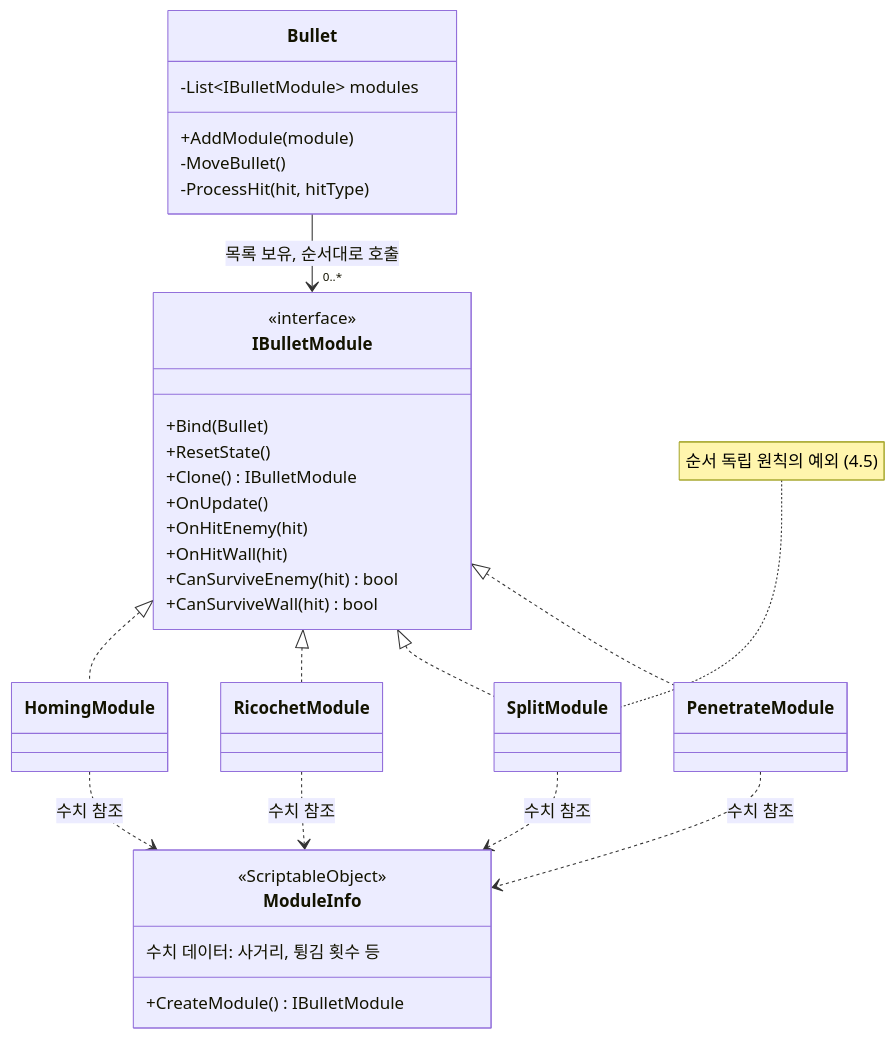
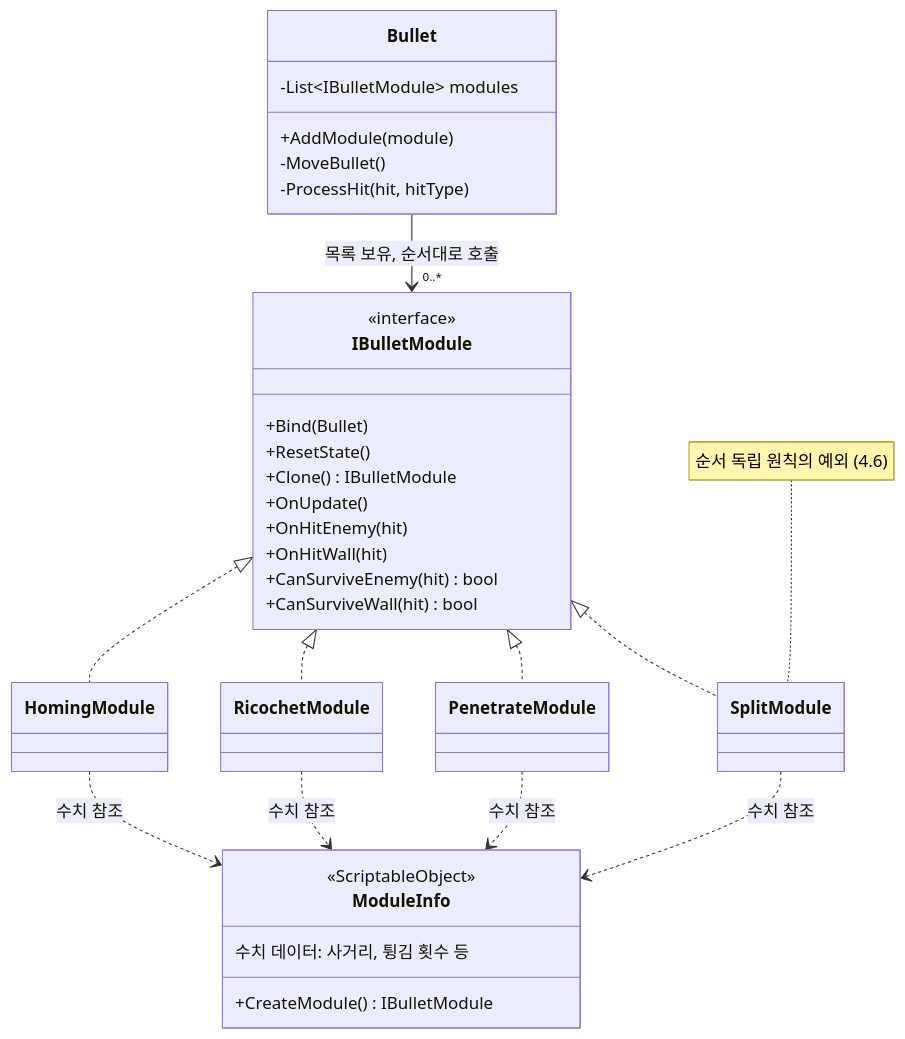
The second of 5 diagrams in src/1-Bullet-Module/기술문서.md (parksooha102-ai/portfolio), drawn with Mermaid before and after one commit. The commit also changed other lines of this file and 9 other files, not shown here.

````diff
--- a/src/1-Bullet-Module/기술문서.md
+++ b/src/1-Bullet-Module/기술문서.md
@@ -115,44 +123,44 @@
 ```mermaid
 classDiagram
     class Bullet {
         -List~IBulletModule~ modules
         +AddModule(module)
         -MoveBullet()
         -ProcessHit(hit, hitType)
     }
 
     class IBulletModule {
         <<interface>>
         +Bind(Bullet)
         +ResetState()
         +Clone() IBulletModule
         +OnUpdate()
         +OnHitEnemy(hit)
         +OnHitWall(hit)
         +CanSurviveEnemy(hit) bool
         +CanSurviveWall(hit) bool
     }
 
     class ModuleInfo {
         <<ScriptableObject>>
         수치 데이터: 사거리, 튕김 횟수 등
         +CreateModule() IBulletModule
     }
 
     class HomingModule
     class RicochetModule
+    class PenetrateModule
     class SplitModule
-    class PenetrateModule
 
     Bullet --> "0..*" IBulletModule : 목록 보유, 순서대로 호출
     IBulletModule <|.. HomingModule
     IBulletModule <|.. RicochetModule
+    IBulletModule <|.. PenetrateModule
     IBulletModule <|.. SplitModule
-    IBulletModule <|.. PenetrateModule
     HomingModule ..> ModuleInfo : 수치 참조
     RicochetModule ..> ModuleInfo : 수치 참조
+    PenetrateModule ..> ModuleInfo : 수치 참조
     SplitModule ..> ModuleInfo : 수치 참조
-    PenetrateModule ..> ModuleInfo : 수치 참조
 
-    note for SplitModule "순서 독립 원칙의 예외 (4.5)"
+    note for SplitModule "순서 독립 원칙의 예외 (4.6)"
 ```
````
